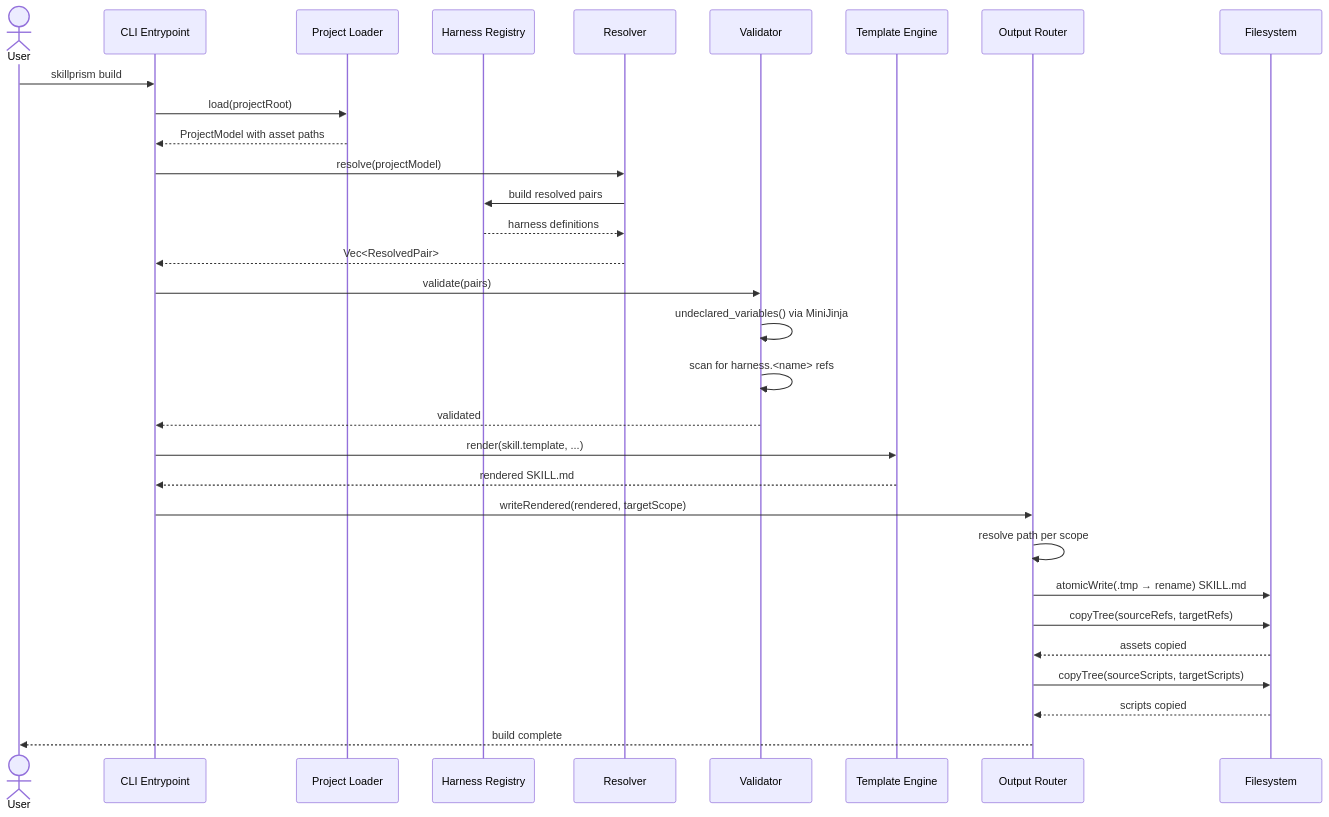
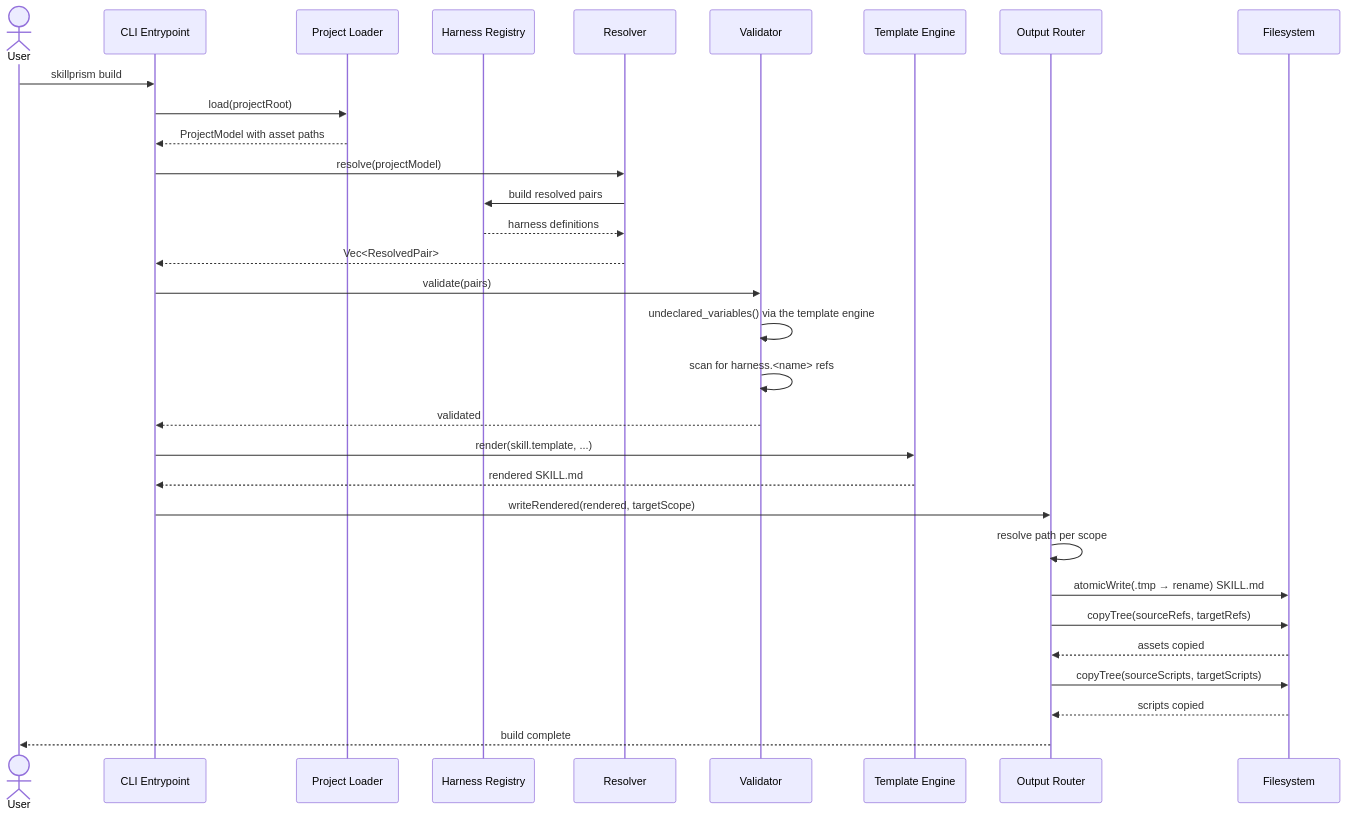
Before and after one commit to Tuvren/skillprism: the diagram in .constitution/architecture/flows/flow-copy-assets.md, drawn with Mermaid. The commit also changed other lines of this file and 89 other files, not shown here.

````diff
--- a/.constitution/architecture/flows/flow-copy-assets.md
+++ b/.constitution/architecture/flows/flow-copy-assets.md
@@ -9,41 +17,41 @@
 ```mermaid
 sequenceDiagram
   actor User
   participant CLI as CLI Entrypoint
   participant Loader as Project Loader
   participant Registry as Harness Registry
   participant Resolver as Resolver
   participant Valid8 as Validator
   participant Engine as Template Engine
   participant Router as Output Router
   participant FS as Filesystem
 
   User->>CLI: skillprism build
   CLI->>Loader: load(projectRoot)
   Loader-->>CLI: ProjectModel with asset paths
 
   CLI->>Resolver: resolve(projectModel)
   Resolver->>Registry: build resolved pairs
   Registry-->>Resolver: harness definitions
   Resolver-->>CLI: Vec<ResolvedPair>
 
   CLI->>Valid8: validate(pairs)
-  Valid8->>Valid8: undeclared_variables() via MiniJinja
+  Valid8->>Valid8: undeclared_variables() via the template engine
   Valid8->>Valid8: scan for harness.<name> refs
   Valid8-->>CLI: validated
 
   CLI->>Engine: render(skill.template, ...)
   Engine-->>CLI: rendered SKILL.md
 
   CLI->>Router: writeRendered(rendered, targetScope)
   Router->>Router: resolve path per scope
   Router->>FS: atomicWrite(.tmp → rename) SKILL.md
 
   Router->>FS: copyTree(sourceRefs, targetRefs)
   FS-->>Router: assets copied
 
   Router->>FS: copyTree(sourceScripts, targetScripts)
   FS-->>Router: scripts copied
 
   Router-->>User: build complete
 ```
````
